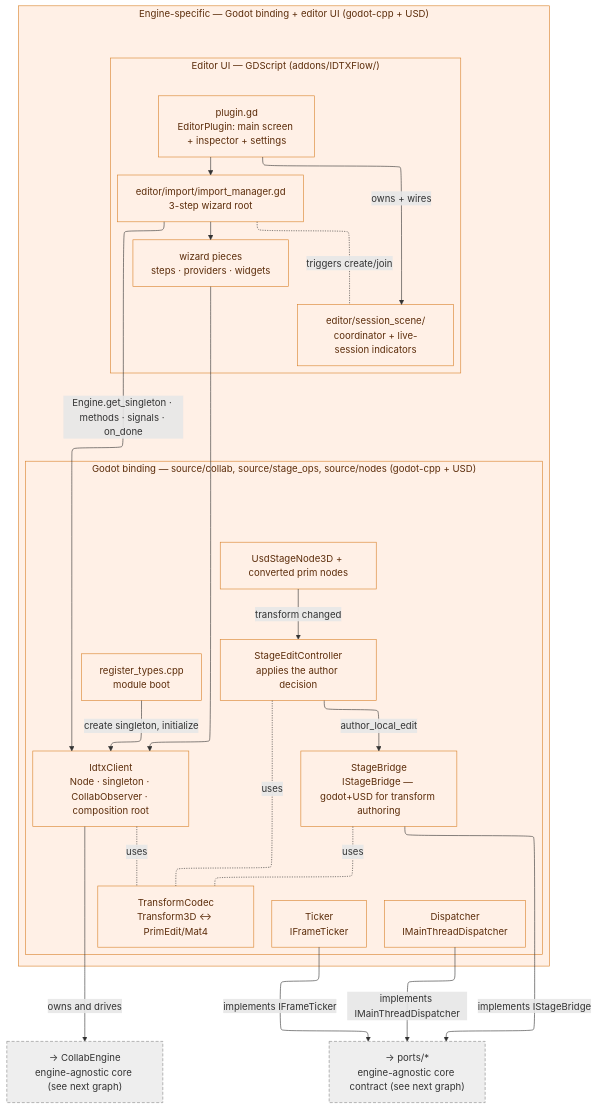
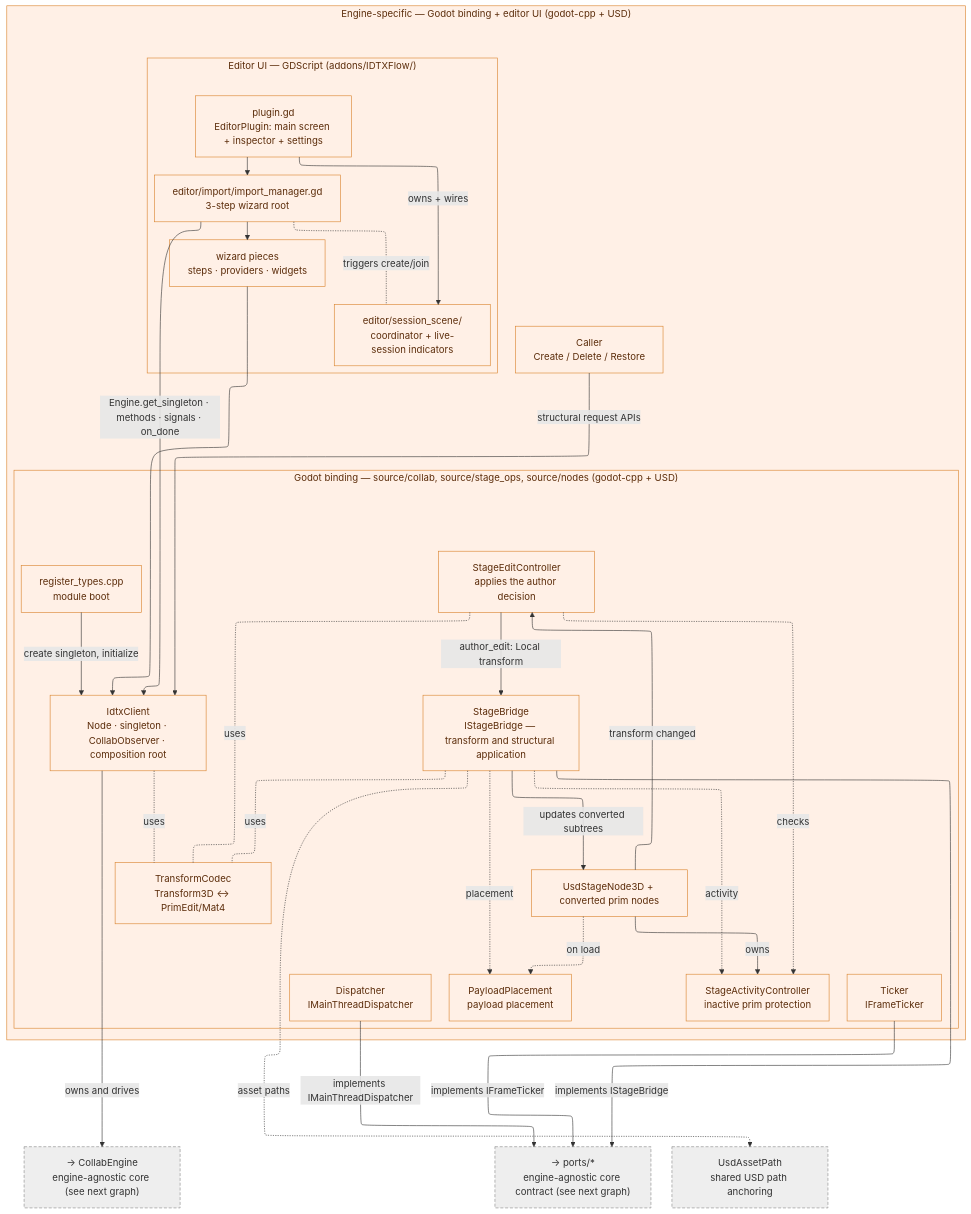
Before and after one commit to Immersive-Data-Center-Management/idtx-flow: the second of 3 diagrams in docs/collab-client/overview.md, drawn with Mermaid. The commit also changed other lines of this file and 42 other files, not shown here.

````diff
--- a/docs/collab-client/overview.md
+++ b/docs/collab-client/overview.md
@@ -79,53 +80,65 @@
 ```mermaid
 ---
 config:
   layout: elk
 ---
 graph TB
     subgraph ENGINESPECIFIC["Engine-specific — Godot binding + editor UI (godot-cpp + USD)"]
         subgraph UI["Editor UI — GDScript (addons/IDTXFlow/)"]
             PLUGIN["plugin.gd<br/>EditorPlugin: main screen + inspector + settings"]
             WIZ["editor/import/import_manager.gd<br/>3-step wizard root"]
             WIZUI["wizard pieces<br/>steps · providers · widgets"]
             SESS["editor/session_scene/<br/>coordinator + live-session indicators"]
         end
+        CALLER["Caller<br/>Create / Delete / Restore"]
 
         subgraph BIND["Godot binding — source/collab, source/stage_ops, source/nodes (godot-cpp + USD)"]
             CLIENT["IdtxClient<br/>Node · singleton · CollabObserver · composition root"]
             CTL["StageEditController<br/>applies the author decision"]
-            BRIDGE["StageBridge<br/>IStageBridge — godot+USD for transform authoring"]
+            BRIDGE["StageBridge<br/>IStageBridge — transform and structural application"]
             CODEC2["TransformCodec<br/>Transform3D &lt;-&gt; PrimEdit/Mat4"]
+            ACTIVITY["StageActivityController<br/>inactive prim protection"]
+            PAYLOAD["PayloadPlacement<br/>payload placement"]
             DISP["Dispatcher<br/>IMainThreadDispatcher"]
             TICK["Ticker<br/>IFrameTicker"]
             NODES["UsdStageNode3D + converted prim nodes"]
             REG["register_types.cpp<br/>module boot"]
         end
     end
 
     ENGINEREF["→ CollabEngine<br/>engine-agnostic core (see next graph)"]
     PORTSREF["→ ports/*<br/>engine-agnostic core contract (see next graph)"]
+    ASSET["UsdAssetPath<br/>shared USD path anchoring"]
 
     PLUGIN --> WIZ
     WIZ --> WIZUI
     PLUGIN -->|owns + wires| SESS
     WIZ -.triggers create/join.- SESS
 
     WIZ -->|Engine.get_singleton · methods · signals · on_done| CLIENT
     WIZUI --> CLIENT
+    CALLER -->|structural request APIs| CLIENT
     REG -->|create singleton, initialize| CLIENT
     NODES -->|transform changed| CTL
-    CTL -->|author_local_edit| BRIDGE
+    CTL -->|author_edit: Local transform| BRIDGE
+    NODES -->|owns| ACTIVITY
+    CTL -.checks.-> ACTIVITY
+    BRIDGE -->|updates converted subtrees| NODES
+    BRIDGE -.activity.-> ACTIVITY
+    BRIDGE -.placement.-> PAYLOAD
+    NODES -.on load.-> PAYLOAD
+    BRIDGE -.asset paths.-> ASSET
     CTL -.uses.- CODEC2
     BRIDGE -.uses.- CODEC2
     CLIENT -.uses.- CODEC2
 
     CLIENT -->|owns and drives| ENGINEREF
     BRIDGE -->|implements IStageBridge| PORTSREF
     DISP -->|implements IMainThreadDispatcher| PORTSREF
     TICK -->|implements IFrameTicker| PORTSREF
 
     classDef engine fill:#fff0e6,stroke:#d9822b,color:#5c2d0b;
     classDef ref fill:#eeeeee,stroke:#888888,color:#333333,stroke-dasharray: 5 3;
-    class ENGINESPECIFIC,UI,PLUGIN,WIZ,WIZUI,SESS,BIND,CLIENT,CTL,BRIDGE,CODEC2,DISP,TICK,NODES,REG engine;
-    class ENGINEREF,PORTSREF ref;
+    class ENGINESPECIFIC,UI,PLUGIN,WIZ,WIZUI,SESS,CALLER,BIND,CLIENT,CTL,BRIDGE,CODEC2,ACTIVITY,PAYLOAD,DISP,TICK,NODES,REG engine;
+    class ENGINEREF,PORTSREF,ASSET ref;
 ```
````
